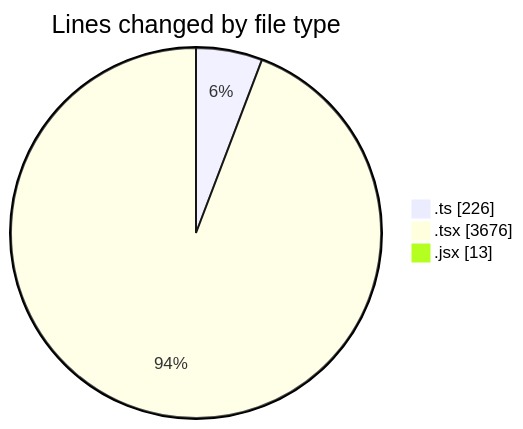
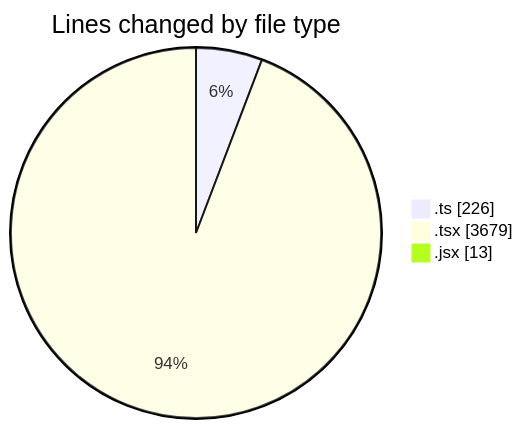
Before and after one commit to momahboobian/code-tracking: the first of 2 diagrams in 2025-12-02/cda/README.md, drawn with Mermaid. The commit also changed other lines of this file and 1 other file, not shown here.

````diff
--- a/2025-12-02/cda/README.md
+++ b/2025-12-02/cda/README.md
@@ -30,7 +30,7 @@
 ```mermaid
 pie showData
 title Lines changed by file type
 ".ts" : 226
-".tsx" : 3676
+".tsx" : 3679
 ".jsx" : 13
 ```
````
